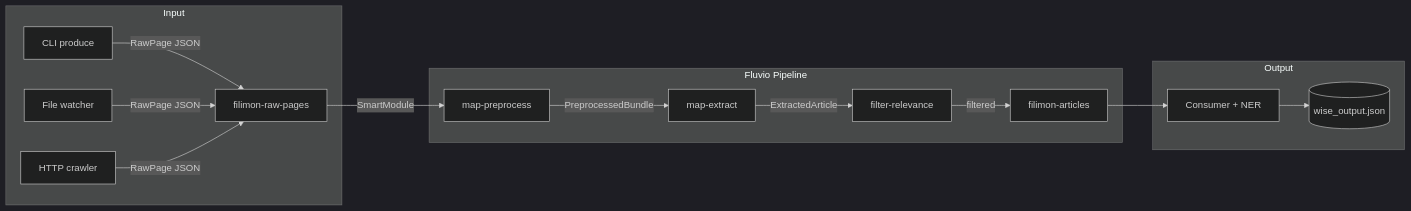
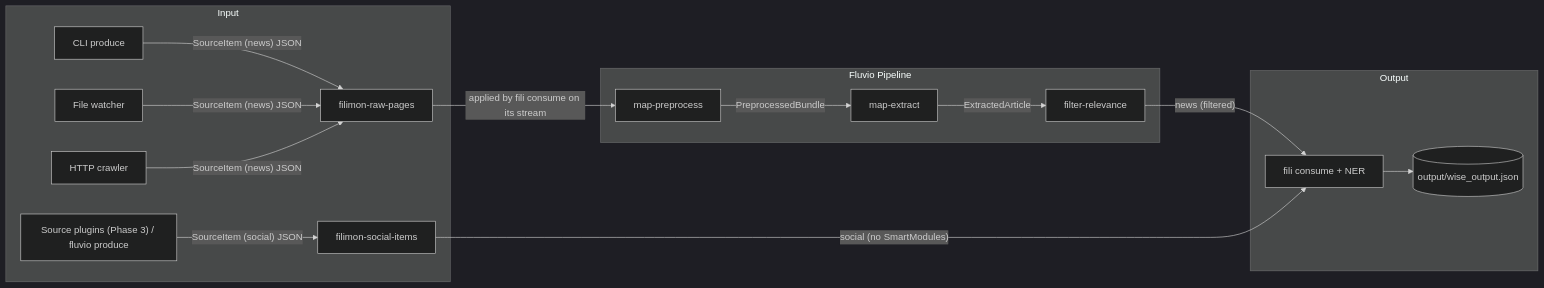
The diagram in README.md (ferrlindev/filimon), drawn with Mermaid (dark theme) before and after one commit. The commit also changed other lines of this file, not shown here.

First line of the commit message:
docs(02-03): document SourceItem topology, both topics and fili consume output in README

````diff
--- a/README.md
+++ b/README.md
@@ -15,20 +15,22 @@
 ```mermaid
 flowchart LR
     subgraph Input
-        A[CLI produce] -->|RawPage JSON| T1
-        B[File watcher] -->|RawPage JSON| T1
-        C[HTTP crawler] -->|RawPage JSON| T1
+        A[CLI produce] -->|"SourceItem (news) JSON"| T1
+        B[File watcher] -->|"SourceItem (news) JSON"| T1
+        C[HTTP crawler] -->|"SourceItem (news) JSON"| T1
+        P["Source plugins (Phase 3) / fluvio produce"] -->|"SourceItem (social) JSON"| T2
     end
 
     subgraph Fluvio Pipeline
-        T1[filimon-raw-pages] -->|SmartModule| SM1[map-preprocess]
+        T1[filimon-raw-pages] -->|"applied by fili consume on its stream"| SM1[map-preprocess]
         SM1 -->|PreprocessedBundle| SM2[map-extract]
         SM2 -->|ExtractedArticle| SM3[filter-relevance]
-        SM3 -->|filtered| T2[filimon-articles]
+        T2[filimon-social-items]
     end
 
     subgraph Output
-        T2 --> CON[Consumer + NER]
-        CON --> JSON[(wise_output.json)]
+        SM3 -->|"news (filtered)"| CON[fili consume + NER]
+        T2 -->|"social (no SmartModules)"| CON
+        CON --> JSON[(output/wise_output.json)]
     end
 ```
````
